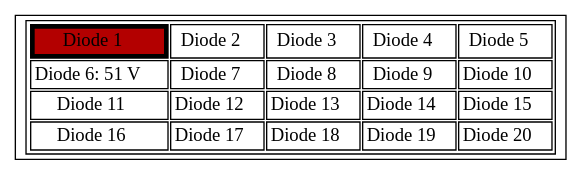
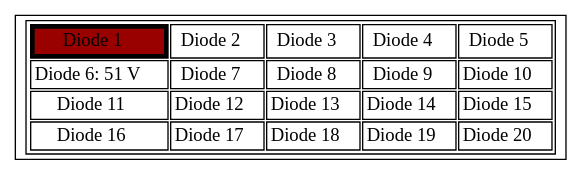
The diagram in array_table.gv (Karan-Takh/Diode-Dosimetry-Array), drawn with Graphviz before and after one commit.

```diff
--- a/array_table.gv
+++ b/array_table.gv
@@ -1,33 +1,33 @@
 graph array_table {
 	node [bgcolor="brown:green" shape=rectangle]
 	"Diode Array" [label=<<TABLE>
     <TR>
-        <TD border="3" bgcolor="8" shape="square">Diode 1</TD>
+        <TD border="3" bgcolor="8">Diode 1</TD>
         <TD>Diode 2</TD>
         <TD>Diode 3</TD>
         <TD>Diode 4</TD>
         <TD>Diode 5</TD>
     </TR>
     <TR>
         <TD>Diode 6: 51 V</TD>
         <TD>Diode 7</TD>
         <TD>Diode 8</TD>
         <TD>Diode 9</TD>
         <TD>Diode 10</TD>
     </TR>
     <TR>
         <TD>Diode 11</TD>
         <TD>Diode 12</TD>
         <TD>Diode 13</TD>
         <TD>Diode 14</TD>
         <TD>Diode 15</TD>
     </TR>
     <TR>
         <TD>Diode 16</TD>
         <TD>Diode 17</TD>
         <TD>Diode 18</TD>
         <TD>Diode 19</TD>
         <TD>Diode 20</TD>
     </TR>
-</TABLE>> colorscheme=orrd9]
+</TABLE>> colorscheme=orrd8]
 }
```
